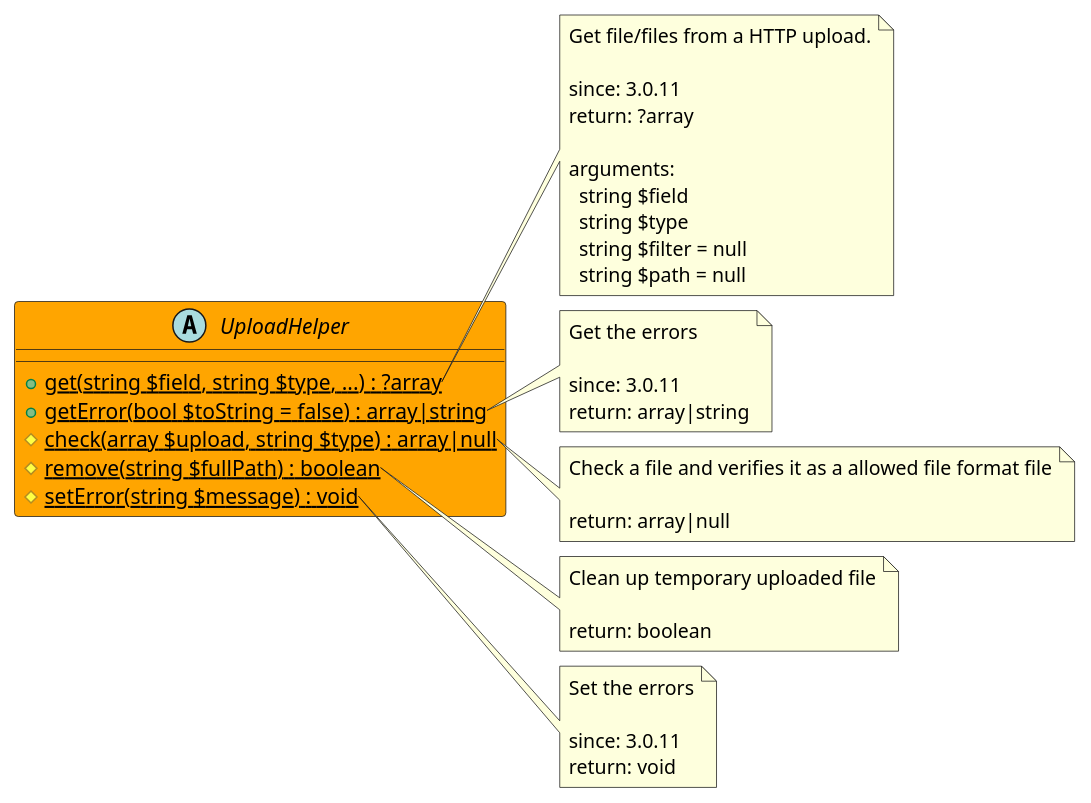
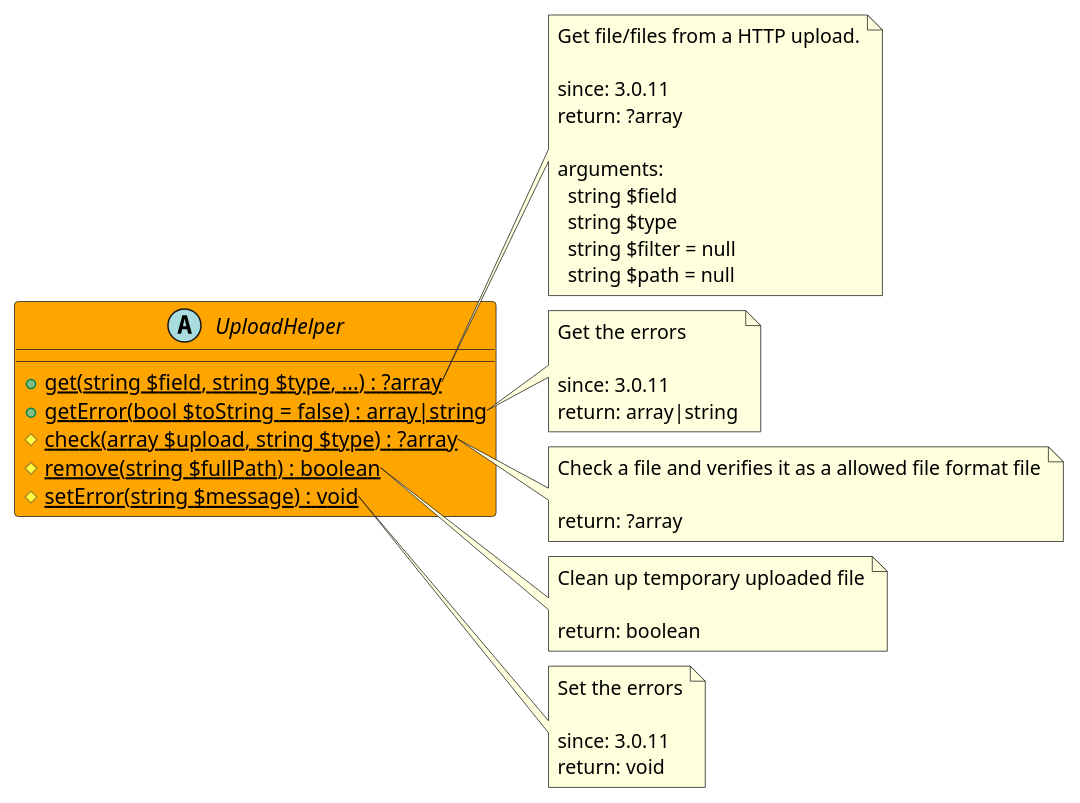
Before and after one commit to joomengine/super-powers: the diagram in src/d7600b43-771a-4747-9f5d-952765721799/README.md, drawn with PlantUML. The commit also changed 10 other files, not shown here.

````diff
--- a/src/d7600b43-771a-4747-9f5d-952765721799/README.md
+++ b/src/d7600b43-771a-4747-9f5d-952765721799/README.md
@@ -12,51 +12,51 @@
 ```uml
 @startuml
 abstract UploadHelper  #Orange {
   + {static} get(string $field, string $type, ...) : ?array
   + {static} getError(bool $toString = false) : array|string
-  # {static} check(array $upload, string $type) : array|null
+  # {static} check(array $upload, string $type) : ?array
   # {static} remove(string $fullPath) : boolean
   # {static} setError(string $message) : void
 }
 
 note right of UploadHelper::get
   Get file/files from a HTTP upload.
 
   since: 3.0.11
   return: ?array
   
   arguments:
     string $field
     string $type
     string $filter = null
     string $path = null
 end note
 
 note right of UploadHelper::getError
   Get the errors
 
   since: 3.0.11
   return: array|string
 end note
 
 note right of UploadHelper::check
   Check a file and verifies it as a allowed file format file
 
-  return: array|null
+  return: ?array
 end note
 
 note right of UploadHelper::remove
   Clean up temporary uploaded file
 
   return: boolean
 end note
 
 note right of UploadHelper::setError
   Set the errors
 
   since: 3.0.11
   return: void
 end note
  
 @enduml
 ```
````
